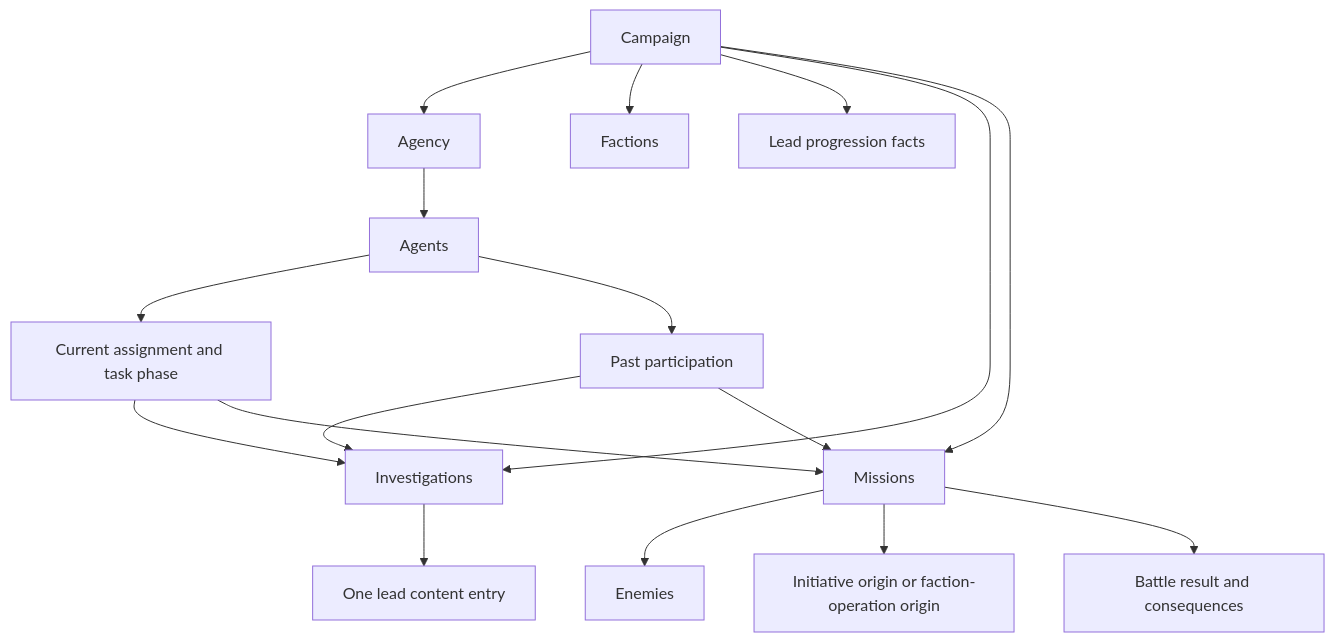
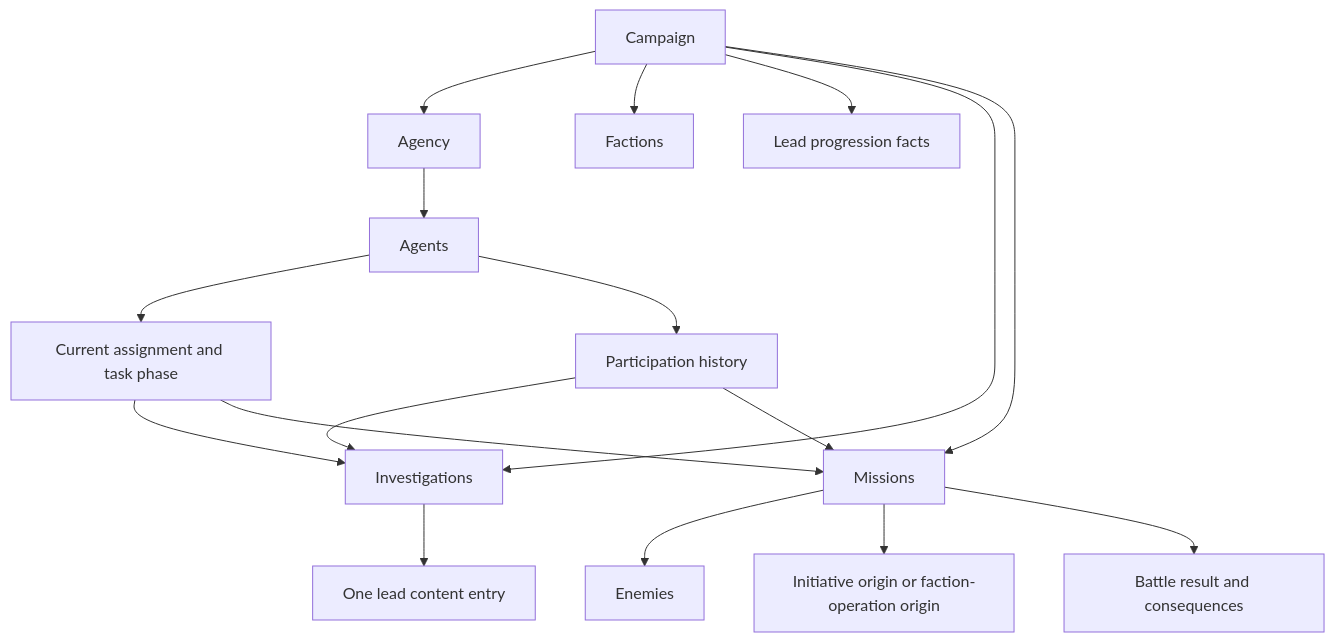
Before and after one commit to konrad-jamrozik/game-v5: the diagram in docs/specs/foundation/domain-model.md, drawn with Mermaid. The commit also changed other lines of this file and 32 other files, not shown here.

````diff
--- a/docs/specs/foundation/domain-model.md
+++ b/docs/specs/foundation/domain-model.md
@@ -192,19 +204,19 @@
 ```mermaid
 flowchart TD
     Campaign --> Agency
     Agency --> Agents
     Campaign --> Factions
     Campaign --> Progression["Lead progression facts"]
     Campaign --> Investigations
     Campaign --> Missions
     Investigations --> Lead["One lead content entry"]
     Agents --> Assignment["Current assignment and task phase"]
     Assignment --> Investigations
     Assignment --> Missions
-    Agents --> Participation["Past participation"]
+    Agents --> Participation["Participation history"]
     Participation --> Investigations
     Participation --> Missions
     Missions --> Enemies
     Missions --> Origin["Initiative origin or faction-operation origin"]
     Missions --> Result["Battle result and consequences"]
 ```
````
